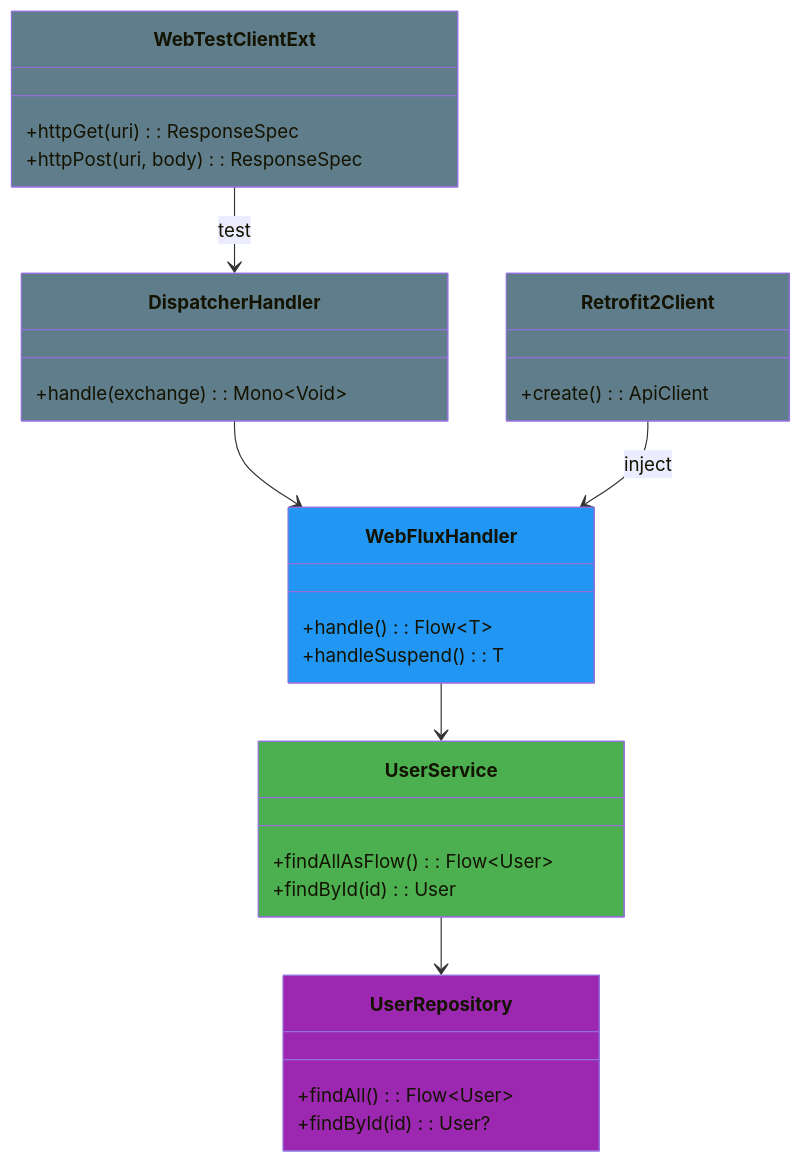
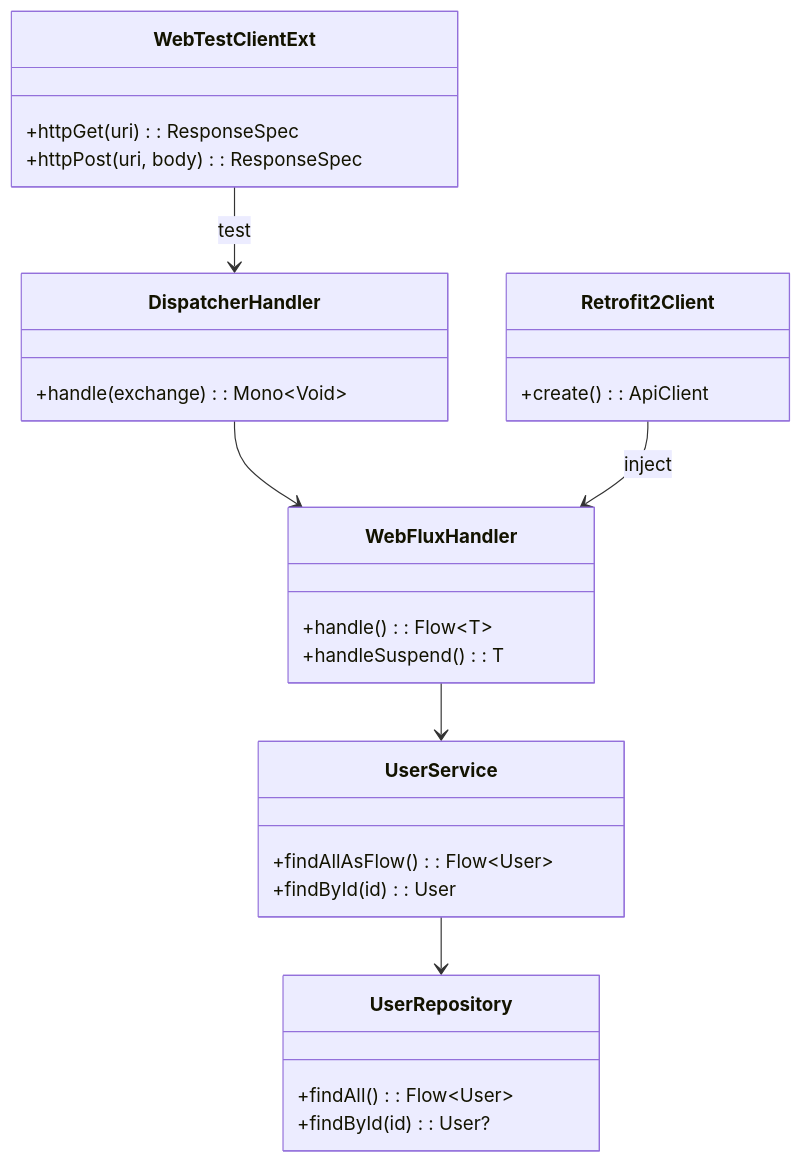
Before and after one commit to bluetape4k/bluetape4k-projects: the first of 4 diagrams in spring-boot3/core/README.md, drawn with Mermaid. The commit also changed other lines of this file and 95 other files, not shown here.

First line of the commit message:
docs: Mermaid 파서 오류 전체 수정 (IntelliJ IDEA 호환)

````diff
--- a/spring-boot3/core/README.md
+++ b/spring-boot3/core/README.md
@@ -76,37 +76,31 @@
 ```mermaid
 classDiagram
-    class DispatcherHandler:::configStyle {
+    class DispatcherHandler {
         +handle(exchange): Mono~Void~
     }
-    class WebFluxHandler:::controllerStyle {
+    class WebFluxHandler {
         +handle(): Flow~T~
         +handleSuspend(): T
     }
-    class UserService:::serviceStyle {
+    class UserService {
         +findAllAsFlow(): Flow~User~
         +findById(id): User
     }
-    class UserRepository:::repoStyle {
+    class UserRepository {
         +findAll(): Flow~User~
         +findById(id): User?
     }
-    class Retrofit2Client:::configStyle {
+    class Retrofit2Client {
         +create(): ApiClient
     }
-    class WebTestClientExt:::configStyle {
+    class WebTestClientExt {
         +httpGet(uri): ResponseSpec
         +httpPost(uri, body): ResponseSpec
     }
-    classDef controllerStyle fill:#2196F3
-    classDef serviceStyle fill:#4CAF50
-    classDef repoStyle fill:#9C27B0
-    classDef entityStyle fill:#FF9800
-    classDef configStyle fill:#607D8B
-    classDef cacheStyle fill:#F44336
 
     DispatcherHandler --> WebFluxHandler
     WebFluxHandler --> UserService
     UserService --> UserRepository
     Retrofit2Client --> WebFluxHandler : inject
     WebTestClientExt --> DispatcherHandler : test
 ```
````
